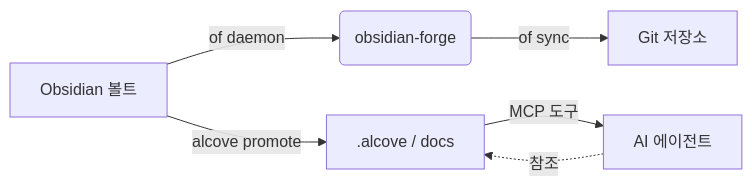
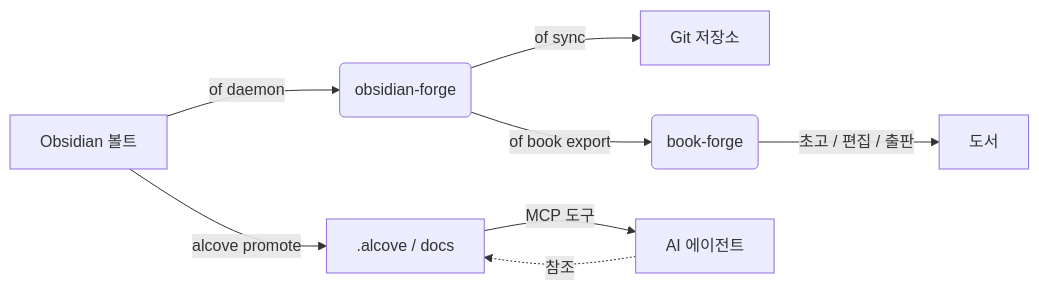
Before and after one commit to epicsagas/obsidian-forge: the diagram in docs/README_ko.md, drawn with Mermaid. The commit also changed other lines of this file and 9 other files, not shown here.

Commit message:
docs(ecosystem): add book-forge integration guide across all languages

````diff
--- a/docs/README_ko.md
+++ b/docs/README_ko.md
@@ -340,8 +341,10 @@
 ```mermaid
 graph LR
     A[Obsidian 볼트] -->|of daemon| B(obsidian-forge)
     B -->|of sync| C[Git 저장소]
     A -->|alcove promote| D[.alcove / docs]
     D -->|MCP 도구| E[AI 에이전트]
     E -.->|참조| D
+    B -->|of book export| F(book-forge)
+    F -->|초고 / 편집 / 출판| G[도서]
 ```
````
